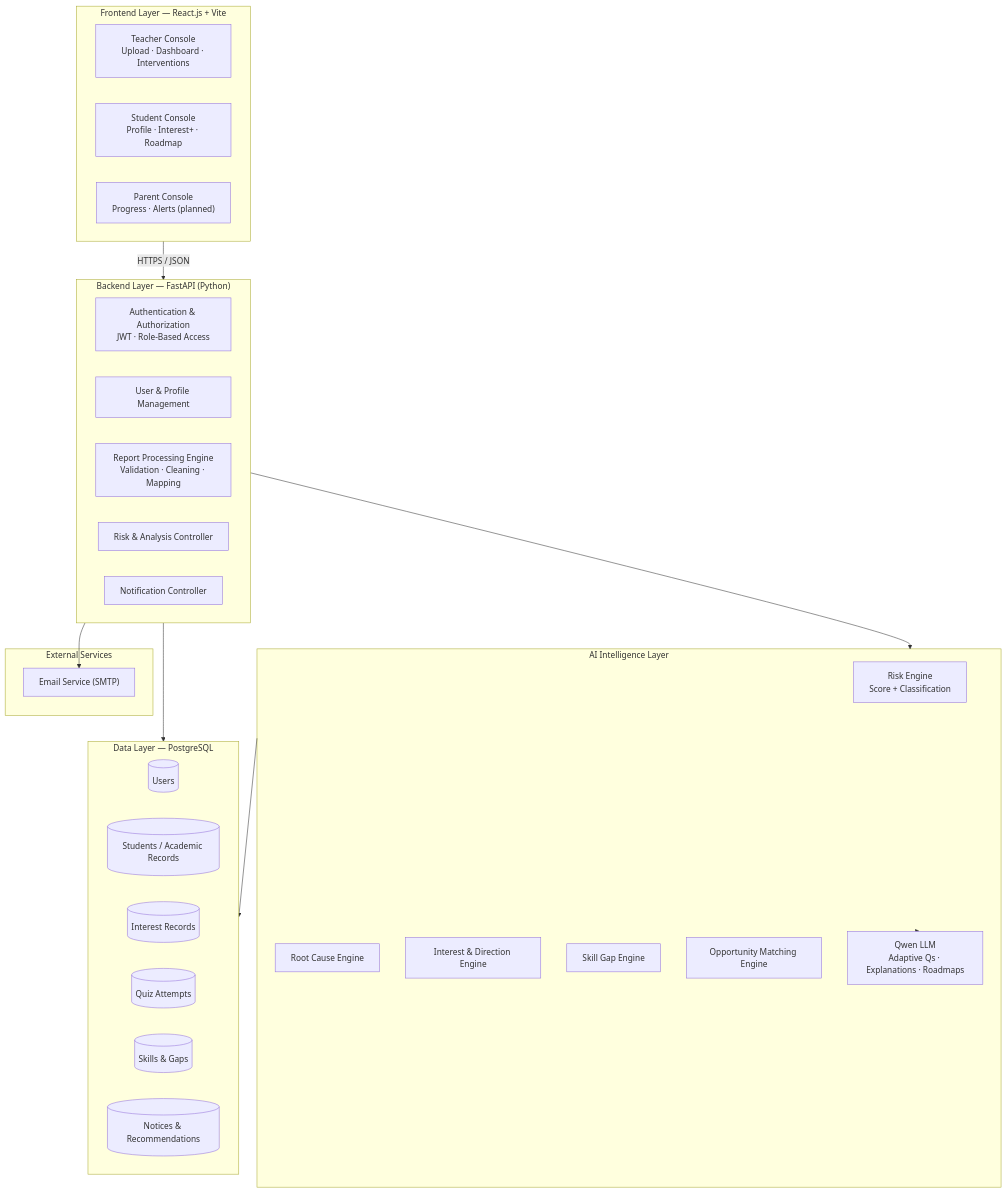
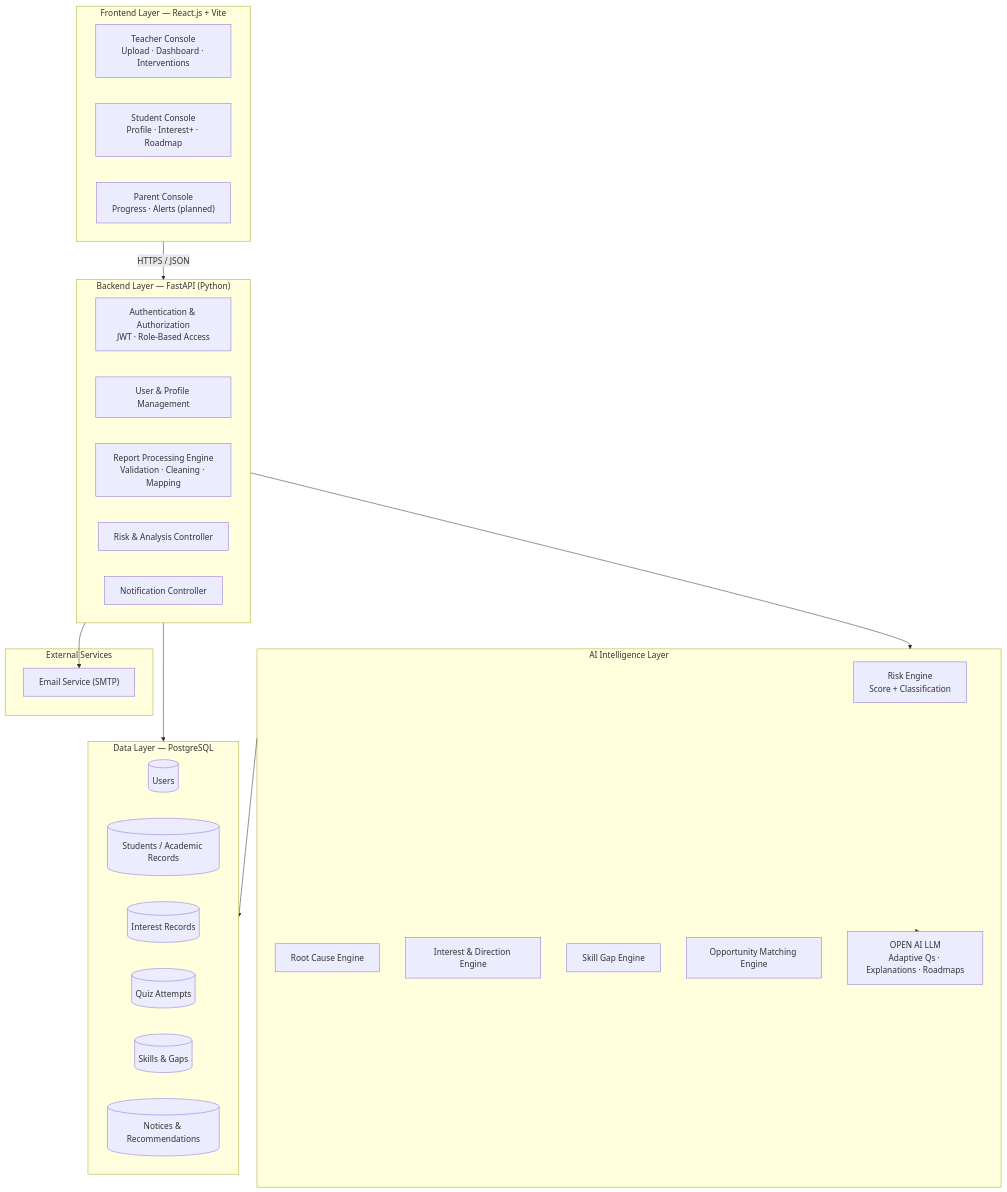
One commit to YashLakkas24/academic_early_warning changed the second of 4 diagrams in README.md. Above: the diagram before and after it, drawn with Mermaid. The commit also changed other lines of this file, not shown here.

````diff
--- a/README.md
+++ b/README.md
@@ -118,45 +118,45 @@
 ```mermaid
 flowchart TB
     subgraph FE["Frontend Layer — React.js + Vite"]
         T["Teacher Console<br/>Upload · Dashboard · Interventions"]
         S["Student Console<br/>Profile · Interest+ · Roadmap"]
         P["Parent Console<br/>Progress · Alerts (planned)"]
     end
 
     subgraph BE["Backend Layer — FastAPI (Python)"]
         Auth["Authentication & Authorization<br/>JWT · Role-Based Access"]
         RM["User & Profile Management"]
         RE["Report Processing Engine<br/>Validation · Cleaning · Mapping"]
         RAC["Risk & Analysis Controller"]
         NC["Notification Controller"]
     end
 
     subgraph AI["AI Intelligence Layer"]
         RiskE["Risk Engine<br/>Score + Classification"]
         RootE["Root Cause Engine"]
         IntE["Interest & Direction Engine"]
         SkillE["Skill Gap Engine"]
         OppE["Opportunity Matching Engine"]
-        LLM["Qwen LLM<br/>Adaptive Qs · Explanations · Roadmaps"]
+        LLM["OPEN AI LLM<br/>Adaptive Qs · Explanations · Roadmaps"]
     end
 
     subgraph DB["Data Layer — PostgreSQL"]
         D1[(Users)]
         D2[(Students / Academic Records)]
         D3[(Interest Records)]
         D4[(Quiz Attempts)]
         D5[(Skills & Gaps)]
         D6[(Notices & Recommendations)]
     end
 
     subgraph EXT["External Services"]
         Mail["Email Service (SMTP)"]
     end
 
     FE -->|HTTPS / JSON| BE
     BE --> AI
     AI --> LLM
     BE --> DB
     AI --> DB
     BE --> Mail
 ```
````
